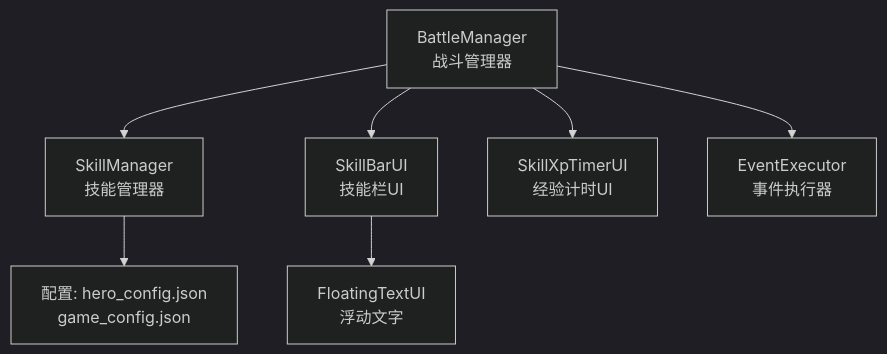
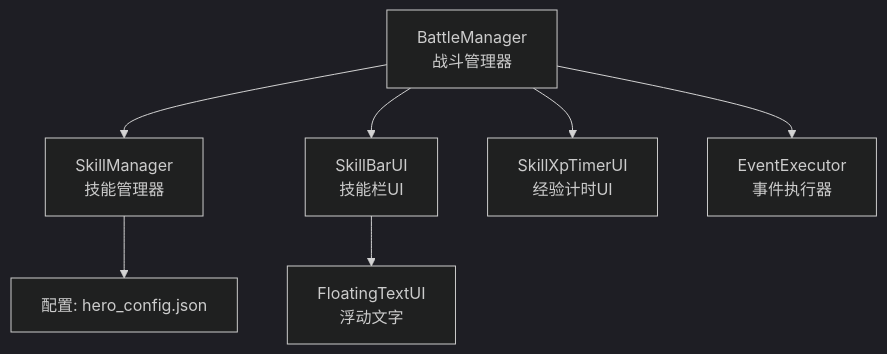
The first of 9 diagrams in .qoder/repowiki/zh/content/技能系统/技能经验值系统.md (Tuusen/p1_client), drawn with Mermaid (dark theme) before and after one commit. The commit also changed other lines of this file and 11 other files, not shown here.

````diff
--- a/.qoder/repowiki/zh/content/技能系统/技能经验值系统.md
+++ b/.qoder/repowiki/zh/content/技能系统/技能经验值系统.md
@@ -38,9 +45,9 @@
 ```mermaid
 graph TB
 BM["BattleManager<br/>战斗管理器"] --> SM["SkillManager<br/>技能管理器"]
 BM --> SBTI["SkillBarUI<br/>技能栏UI"]
 BM --> SXTI["SkillXpTimerUI<br/>经验计时UI"]
 SBTI --> FT["FloatingTextUI<br/>浮动文字"]
 BM --> EE["EventExecutor<br/>事件执行器"]
-SM --> CFG["配置: hero_config.json<br/>game_config.json"]
+SM --> CFG["配置: hero_config.json"]
 ```
````
